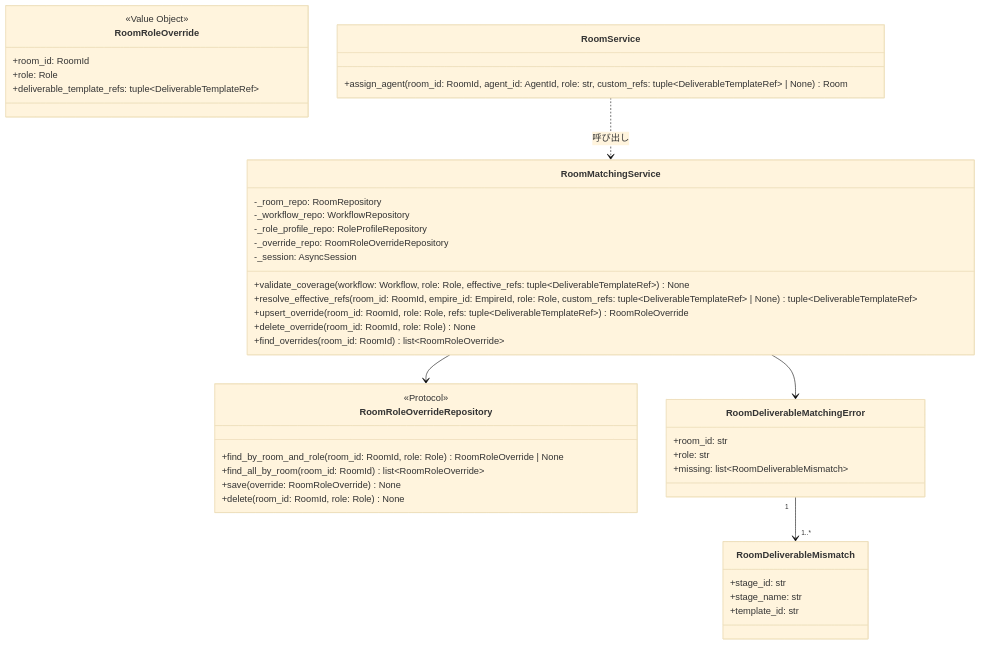
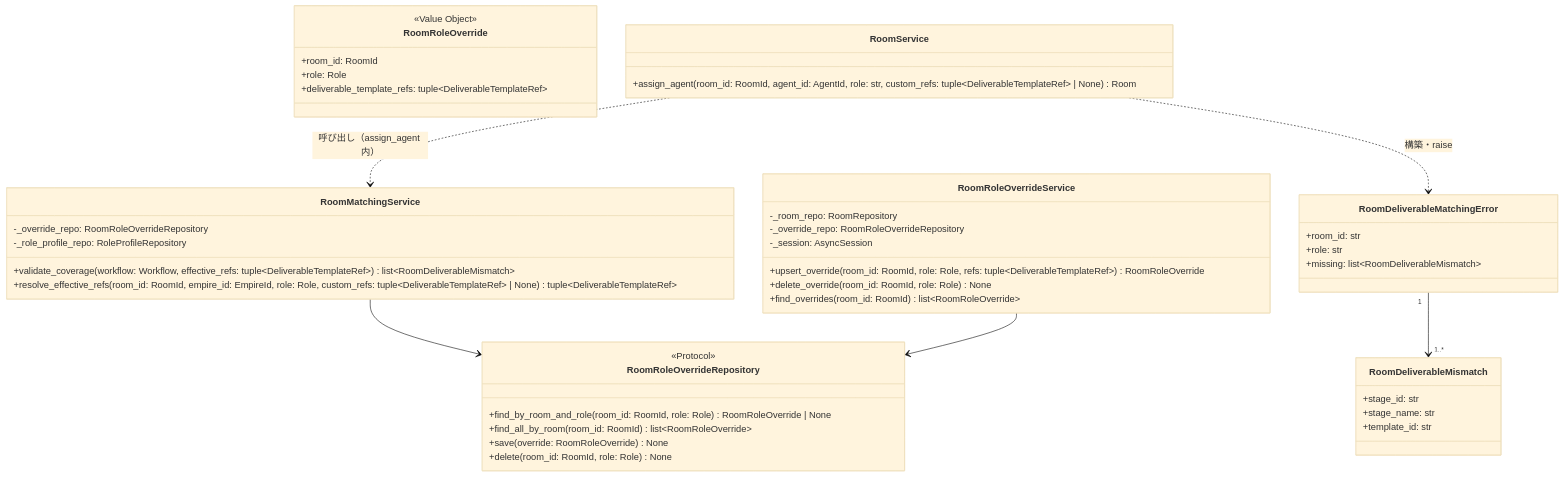
One commit to bakufu-dev/bakufu changed the diagram in docs/features/deliverable-template/room-matching/basic-design.md. Above: the diagram before and after it, drawn with Mermaid (base theme). The commit also changed other lines of this file and 6 other files, not shown here.

First line of the commit message:
docs(room-matching): 3レビュアー指摘 12件を全修正 (Issue #120)

````diff
--- a/docs/features/deliverable-template/room-matching/basic-design.md
+++ b/docs/features/deliverable-template/room-matching/basic-design.md
@@ -118,45 +122,48 @@
 ```mermaid
 classDiagram
     class RoomMatchingService {
+        -_override_repo: RoomRoleOverrideRepository
+        -_role_profile_repo: RoleProfileRepository
+        +validate_coverage(workflow: Workflow, effective_refs: tuple~DeliverableTemplateRef~) list~RoomDeliverableMismatch~
+        +resolve_effective_refs(room_id: RoomId, empire_id: EmpireId, role: Role, custom_refs: tuple~DeliverableTemplateRef~ | None) tuple~DeliverableTemplateRef~
+    }
+    class RoomRoleOverrideService {
         -_room_repo: RoomRepository
-        -_workflow_repo: WorkflowRepository
-        -_role_profile_repo: RoleProfileRepository
         -_override_repo: RoomRoleOverrideRepository
         -_session: AsyncSession
-        +validate_coverage(workflow: Workflow, role: Role, effective_refs: tuple~DeliverableTemplateRef~) None
-        +resolve_effective_refs(room_id: RoomId, empire_id: EmpireId, role: Role, custom_refs: tuple~DeliverableTemplateRef~ | None) tuple~DeliverableTemplateRef~
         +upsert_override(room_id: RoomId, role: Role, refs: tuple~DeliverableTemplateRef~) RoomRoleOverride
         +delete_override(room_id: RoomId, role: Role) None
         +find_overrides(room_id: RoomId) list~RoomRoleOverride~
     }
     class RoomRoleOverride {
         <<Value Object>>
         +room_id: RoomId
         +role: Role
         +deliverable_template_refs: tuple~DeliverableTemplateRef~
     }
     class RoomRoleOverrideRepository {
         <<Protocol>>
         +find_by_room_and_role(room_id: RoomId, role: Role) RoomRoleOverride | None
         +find_all_by_room(room_id: RoomId) list~RoomRoleOverride~
         +save(override: RoomRoleOverride) None
         +delete(room_id: RoomId, role: Role) None
     }
     class RoomDeliverableMatchingError {
         +room_id: str
         +role: str
         +missing: list~RoomDeliverableMismatch~
     }
     class RoomDeliverableMismatch {
         +stage_id: str
         +stage_name: str
         +template_id: str
     }
     class RoomService {
         +assign_agent(room_id: RoomId, agent_id: AgentId, role: str, custom_refs: tuple~DeliverableTemplateRef~ | None) Room
     }
     RoomMatchingService --> RoomRoleOverrideRepository
-    RoomMatchingService --> RoomDeliverableMatchingError
+    RoomRoleOverrideService --> RoomRoleOverrideRepository
     RoomDeliverableMatchingError "1" --> "1..*" RoomDeliverableMismatch
-    RoomService ..> RoomMatchingService : 呼び出し
+    RoomService ..> RoomMatchingService : 呼び出し（assign_agent 内）
+    RoomService ..> RoomDeliverableMatchingError : 構築・raise
 ```
````
